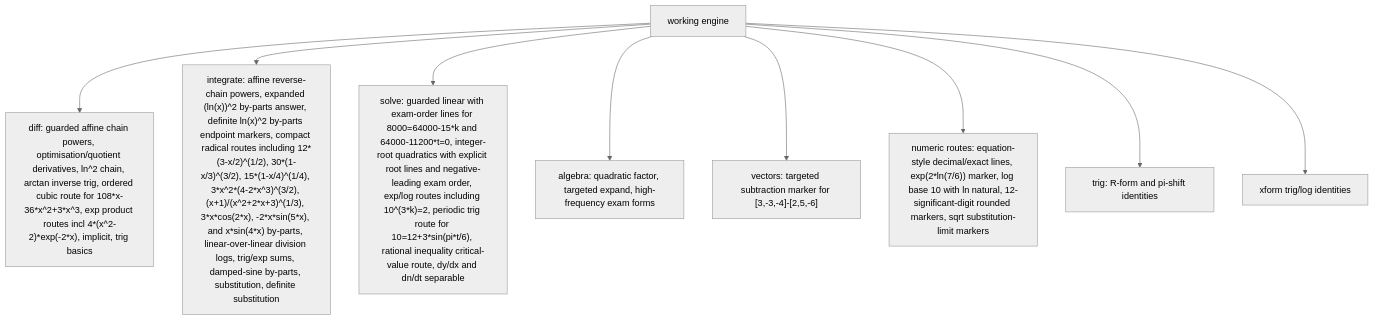
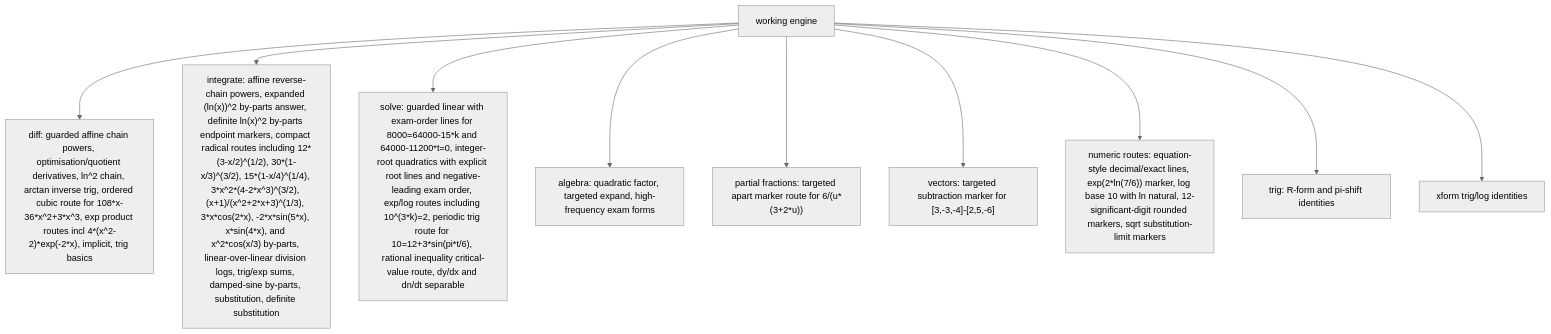
One commit to james8464/notes-addin-casio-fx-cg50 changed the third of 6 diagrams in docs/GRAPH.md. Above: the diagram before and after it, drawn with Mermaid (neutral theme). The commit also changed other lines of this file and 4 other files, not shown here.

Commit message:
add parts and apart working routes

````diff
--- a/docs/GRAPH.md
+++ b/docs/GRAPH.md
@@ -36,11 +36,12 @@
 ```mermaid
 graph TD
   Work["working engine"] --> Diff["diff: guarded affine chain powers, optimisation/quotient derivatives, ln^2 chain, arctan inverse trig, ordered cubic route for 108*x-36*x^2+3*x^3, exp product routes incl 4*(x^2-2)*exp(-2*x), implicit, trig basics"]
-  Work --> Int["integrate: affine reverse-chain powers, expanded (ln(x))^2 by-parts answer, definite ln(x)^2 by-parts endpoint markers, compact radical routes including 12*(3-x/2)^(1/2), 30*(1-x/3)^(3/2), 15*(1-x/4)^(1/4), 3*x^2*(4-2*x^3)^(3/2), (x+1)/(x^2+2*x+3)^(1/3), 3*x*cos(2*x), -2*x*sin(5*x), and x*sin(4*x) by-parts, linear-over-linear division logs, trig/exp sums, damped-sine by-parts, substitution, definite substitution"]
+  Work --> Int["integrate: affine reverse-chain powers, expanded (ln(x))^2 by-parts answer, definite ln(x)^2 by-parts endpoint markers, compact radical routes including 12*(3-x/2)^(1/2), 30*(1-x/3)^(3/2), 15*(1-x/4)^(1/4), 3*x^2*(4-2*x^3)^(3/2), (x+1)/(x^2+2*x+3)^(1/3), 3*x*cos(2*x), -2*x*sin(5*x), x*sin(4*x), and x^2*cos(x/3) by-parts, linear-over-linear division logs, trig/exp sums, damped-sine by-parts, substitution, definite substitution"]
   Work --> Solve["solve: guarded linear with exam-order lines for 8000=64000-15*k and 64000-11200*t=0, integer-root quadratics with explicit root lines and negative-leading exam order, exp/log routes including 10^(3*k)=2, periodic trig route for 10=12+3*sin(pi*t/6), rational inequality critical-value route, dy/dx and dn/dt separable"]
   Work --> Alg["algebra: quadratic factor, targeted expand, high-frequency exam forms"]
+  Work --> PF["partial fractions: targeted apart marker route for 6/(u*(3+2*u))"]
   Work --> Vec["vectors: targeted subtraction marker for [3,-3,-4]-[2,5,-6]"]
   Work --> Num["numeric routes: equation-style decimal/exact lines, exp(2*ln(7/6)) marker, log base 10 with ln natural, 12-significant-digit rounded markers, sqrt substitution-limit markers"]
   Work --> Trig["trig: R-form and pi-shift identities"]
   Work --> Xform["xform trig/log identities"]
 ```
````
